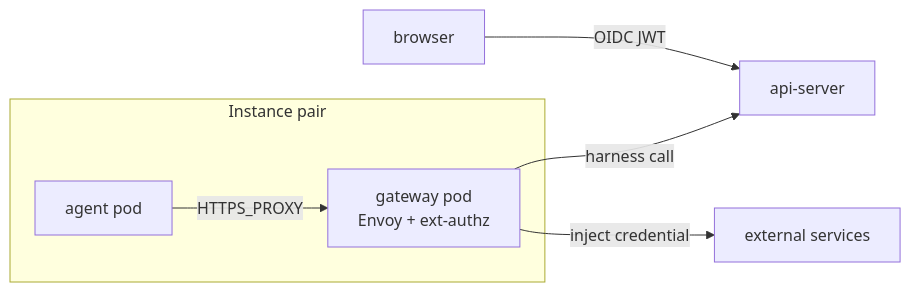
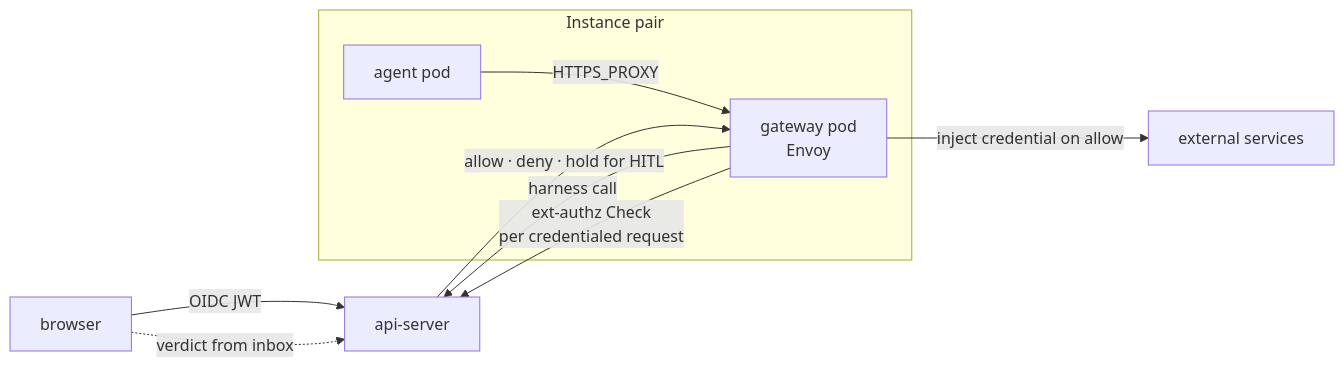
Before and after one commit to dam-agents/dam: the second of 2 diagrams in docs/strategy/security-overview.md, drawn with Mermaid. The commit also changed other lines of this file, not shown here.

Commit message:
docs: extend ext-authz flow in security-overview trust boundary

````diff
--- a/docs/strategy/security-overview.md
+++ b/docs/strategy/security-overview.md
@@ -34,16 +34,19 @@
 ```mermaid
 flowchart LR
   user[browser]
   api[api-server]
   ext[external services]
 
   subgraph pair[Instance pair]
     agent[agent pod]
-    gw["gateway pod<br/>Envoy + ext-authz"]
+    gw["gateway pod<br/>Envoy"]
   end
 
   user -->|OIDC JWT| api
   agent -->|HTTPS_PROXY| gw
   gw -->|harness call| api
-  gw -->|inject credential| ext
+  gw -->|ext-authz Check<br/>per credentialed request| api
+  api -->|"allow · deny · hold for HITL"| gw
+  user -.->|verdict from inbox| api
+  gw -->|inject credential on allow| ext
 ```
````
